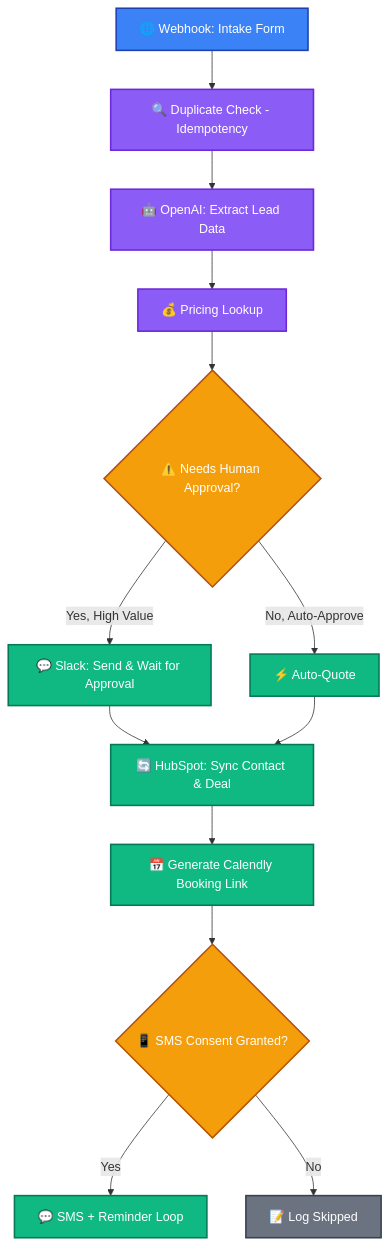
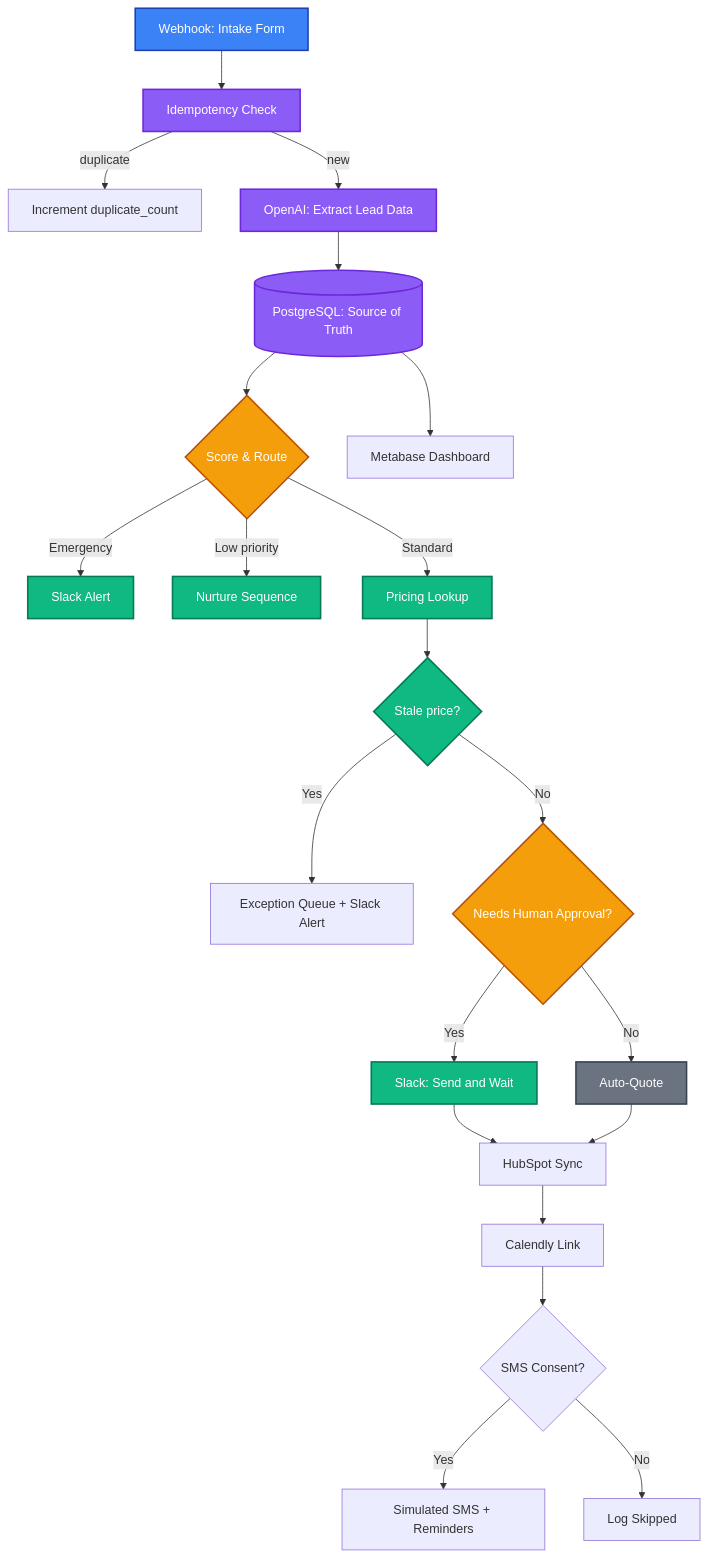
The diagram in README.md (ifedayofakayode/lead-to-revenue-orchestrator), drawn with Mermaid before and after one commit. The commit also changed other lines of this file, not shown here.

````diff
--- a/README.md
+++ b/README.md
@@ -20,27 +38,35 @@
 ```mermaid
 flowchart TD
-    A[🌐 Webhook: Intake Form] --> B[🔍 Duplicate Check - Idempotency]
-    B --> C[🤖 OpenAI: Extract Lead Data]
-    C --> D[💰 Pricing Lookup]
-    D --> E{⚠️ Needs Human Approval?}
-    E -->|Yes, High Value| F[💬 Slack: Send & Wait for Approval]
-    E -->|No, Auto-Approve| G[⚡ Auto-Quote]
-    F --> H[🔄 HubSpot: Sync Contact & Deal]
-    G --> H
-    H --> I[📅 Generate Calendly Booking Link]
-    I --> J{📱 SMS Consent Granted?}
-    J -->|Yes| K[💬 SMS + Reminder Loop]
-    J -->|No| L[📝 Log Skipped]
+    A[Webhook: Intake Form] --> B[Idempotency Check]
+    B -->|duplicate| B2[Increment duplicate_count]
+    B -->|new| C[OpenAI: Extract Lead Data]
+    C --> D[(PostgreSQL: Source of Truth)]
+    D --> E{Score & Route}
+    E -->|Emergency| F[Slack Alert]
+    E -->|Low priority| G[Nurture Sequence]
+    E -->|Standard| H[Pricing Lookup]
+    H --> I{Stale price?}
+    I -->|Yes| X[Exception Queue + Slack Alert]
+    I -->|No| J{Needs Human Approval?}
+    J -->|Yes| K[Slack: Send and Wait]
+    J -->|No| L[Auto-Quote]
+    K --> M[HubSpot Sync]
+    L --> M
+    M --> N[Calendly Link]
+    N --> O{SMS Consent?}
+    O -->|Yes| P[Simulated SMS + Reminders]
+    O -->|No| Q[Log Skipped]
+    D --> R[Metabase Dashboard]
 
     classDef intake fill:#3B82F6,stroke:#1E40AF,color:#fff,stroke-width:2px
     classDef ai fill:#8B5CF6,stroke:#6D28D9,color:#fff,stroke-width:2px
     classDef logic fill:#F59E0B,stroke:#B45309,color:#fff,stroke-width:2px
     classDef action fill:#10B981,stroke:#047857,color:#fff,stroke-width:2px
     classDef endNode fill:#6B7280,stroke:#374151,color:#fff,stroke-width:2px
 
     class A intake
     class B,C,D ai
     class E,J logic
     class F,G,H,I,K action
     class L endNode
 ```
````
